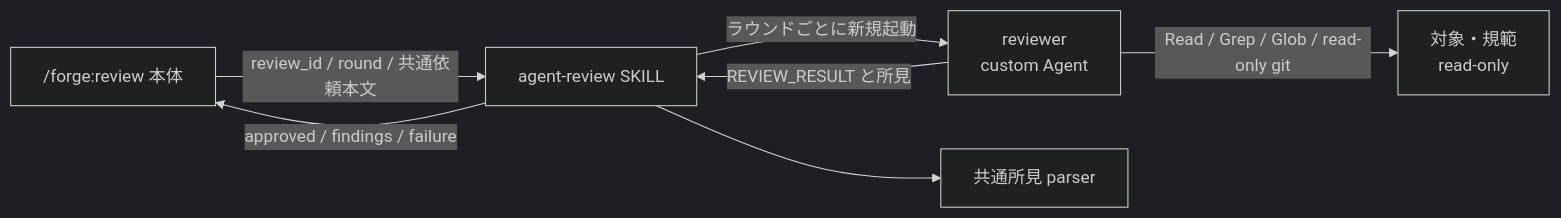
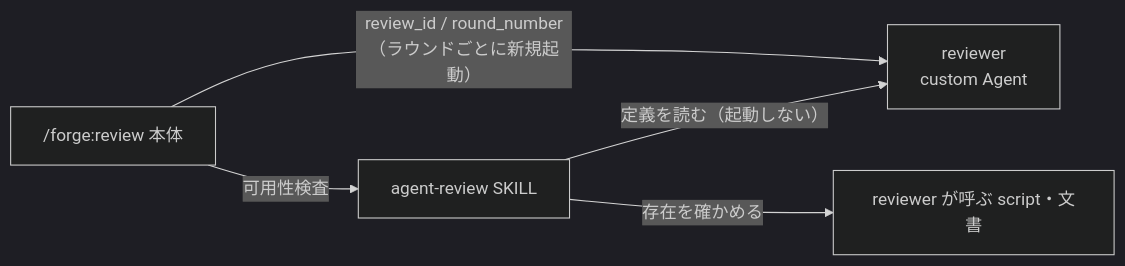
The diagram in docs/specs/agent-review/design/DES-072_agent_review_backend_design.md (BlueEventHorizon/bw-cc-plugins), drawn with Mermaid (dark theme) before and after one commit. The commit also changed other lines of this file and 26 other files, not shown here.

````diff
--- a/docs/specs/agent-review/design/DES-072_agent_review_backend_design.md
+++ b/docs/specs/agent-review/design/DES-072_agent_review_backend_design.md
@@ -42,15 +41,12 @@
 ```mermaid
 flowchart LR
     Body["/forge:review 本体"]
     Backend["agent-review SKILL"]
     Agent["reviewer<br/>custom Agent"]
-    Parser["共通所見 parser"]
-    Targets["対象・規範<br/>read-only"]
+    Parts["reviewer が呼ぶ script・文書"]
 
-    Body -->|"review_id / round / 共通依頼本文"| Backend
-    Backend -->|"ラウンドごとに新規起動"| Agent
-    Agent -->|"Read / Grep / Glob / read-only git"| Targets
-    Agent -->|"REVIEW_RESULT と所見"| Backend
-    Backend --> Parser
-    Backend -->|"approved / findings / failure"| Body
+    Body -->|"可用性検査"| Backend
+    Backend -->|"定義を読む（起動しない）"| Agent
+    Backend -->|"存在を確かめる"| Parts
+    Body -->|"review_id / round_number（ラウンドごとに新規起動）"| Agent
 ```
````
